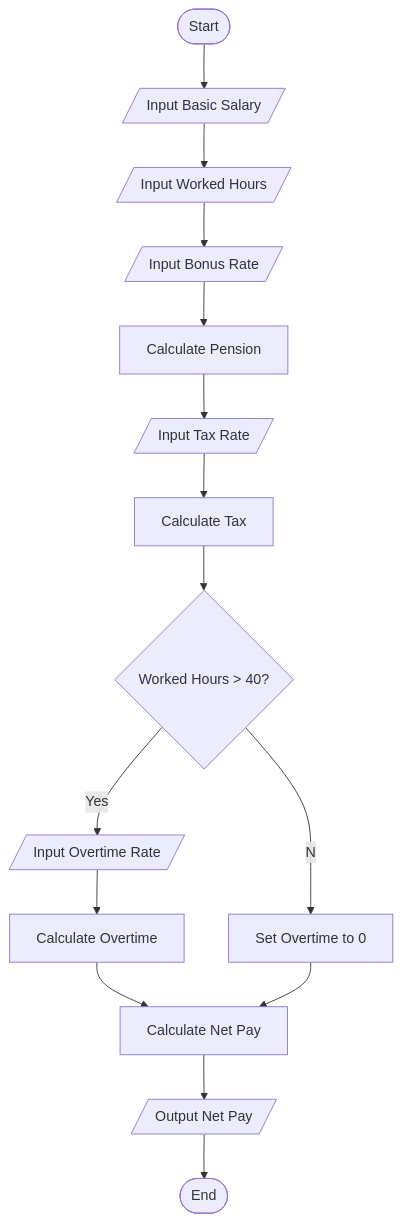
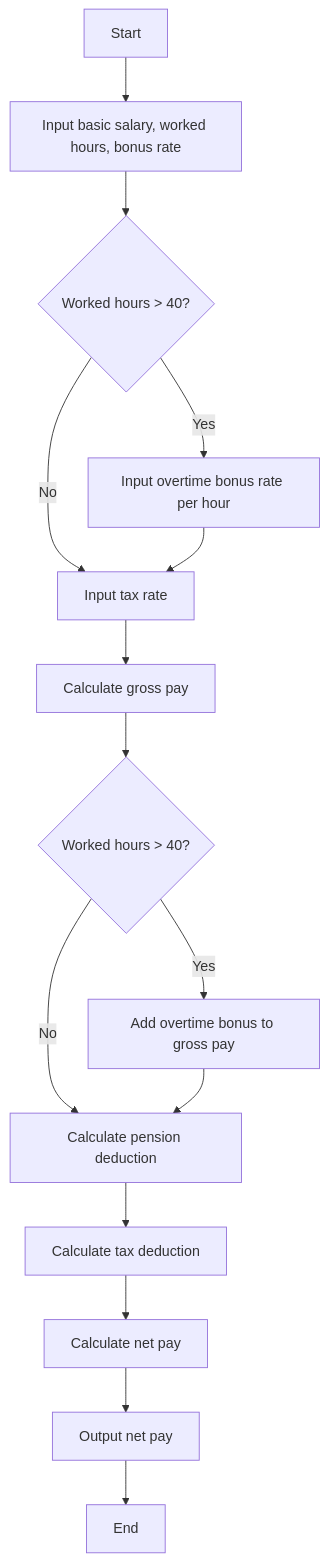
The diagram in ETS0892_Makda_Solomon/Net_Pay.md (SWEG-2016EC-Batch/System32), drawn with Mermaid before and after one commit. The commit also changed other lines of this file, not shown here.

````diff
--- a/ETS0892_Makda_Solomon/Net_Pay.md
+++ b/ETS0892_Makda_Solomon/Net_Pay.md
@@ -41,18 +113,18 @@
-```mermaid
-flowchart TD 
-    A([Start])-->B[/Input Basic Salary/]
-    B-->C[/Input Worked Hours/]
-    C-->D[/Input Bonus Rate/]
-    D-->E[Calculate Pension]
-    E-->F[/Input Tax Rate/]
-    F-->G[Calculate Tax]
-    G-->H{Worked Hours > 40?}
-    H--Yes-->I[/Input Overtime Rate/]
-    I-->J[Calculate Overtime]
-    H--No-->K[Set Overtime to 0]
-    J-->L[Calculate Net Pay]
-    K-->L
-    L-->M[/Output Net Pay/]
-    M-->N([End])
+``` mermaid
+graph TD
+    A[Start] --> B[Input basic salary, worked hours, bonus rate]
+    B --> C{Worked hours > 40?}
+    C -->|Yes| D[Input overtime bonus rate per hour]
+    C -->|No| E[Input tax rate]
+    D --> E
+    E --> F[Calculate gross pay]
+    F --> G{Worked hours > 40?}
+    G -->|Yes| H[Add overtime bonus to gross pay]
+    G -->|No| I[Calculate pension deduction]
+    H --> I
+    I --> J[Calculate tax deduction]
+    J --> K[Calculate net pay]
+    K --> L[Output net pay]
+    L --> M[End]
 
 ```
````
